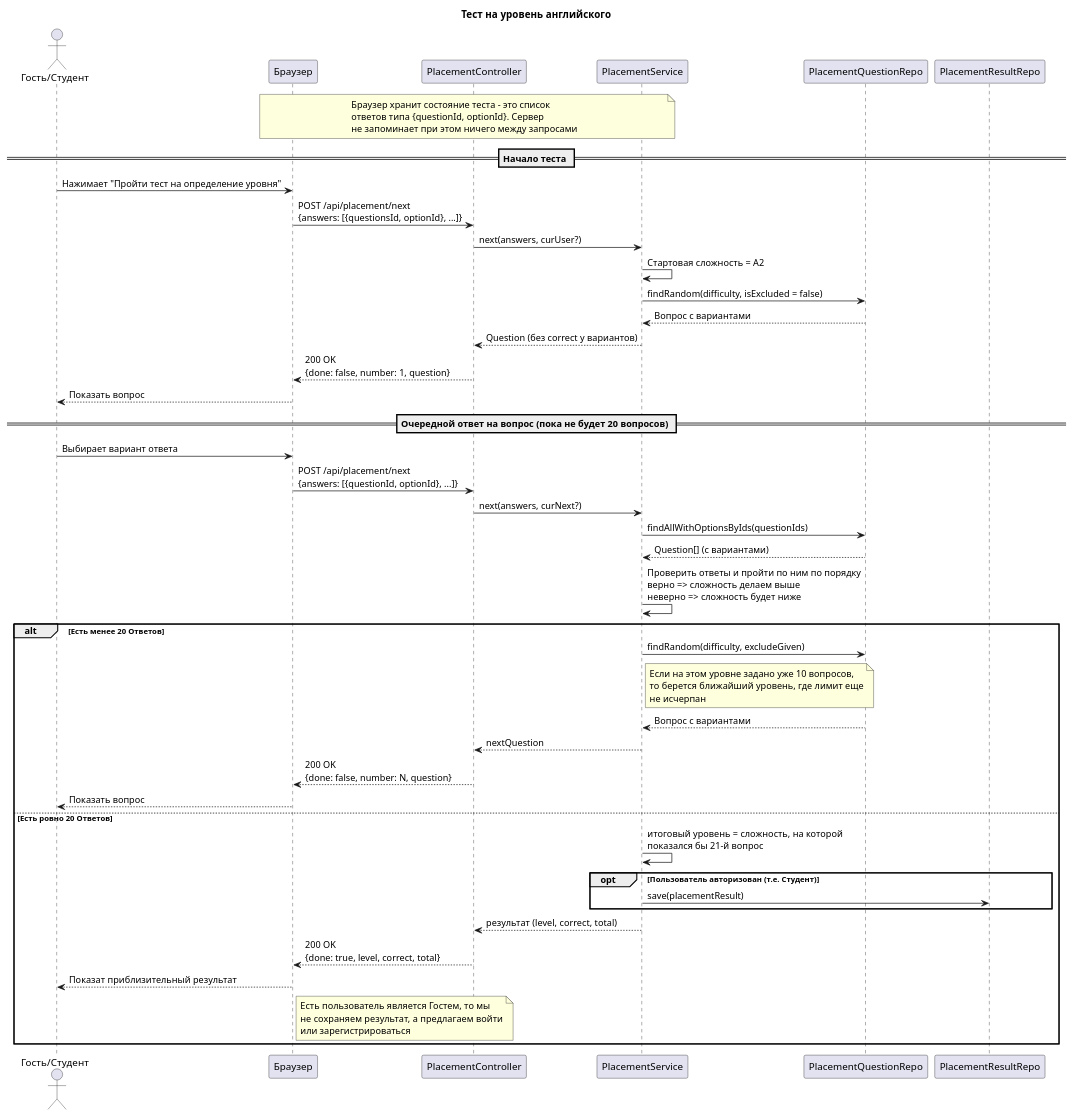
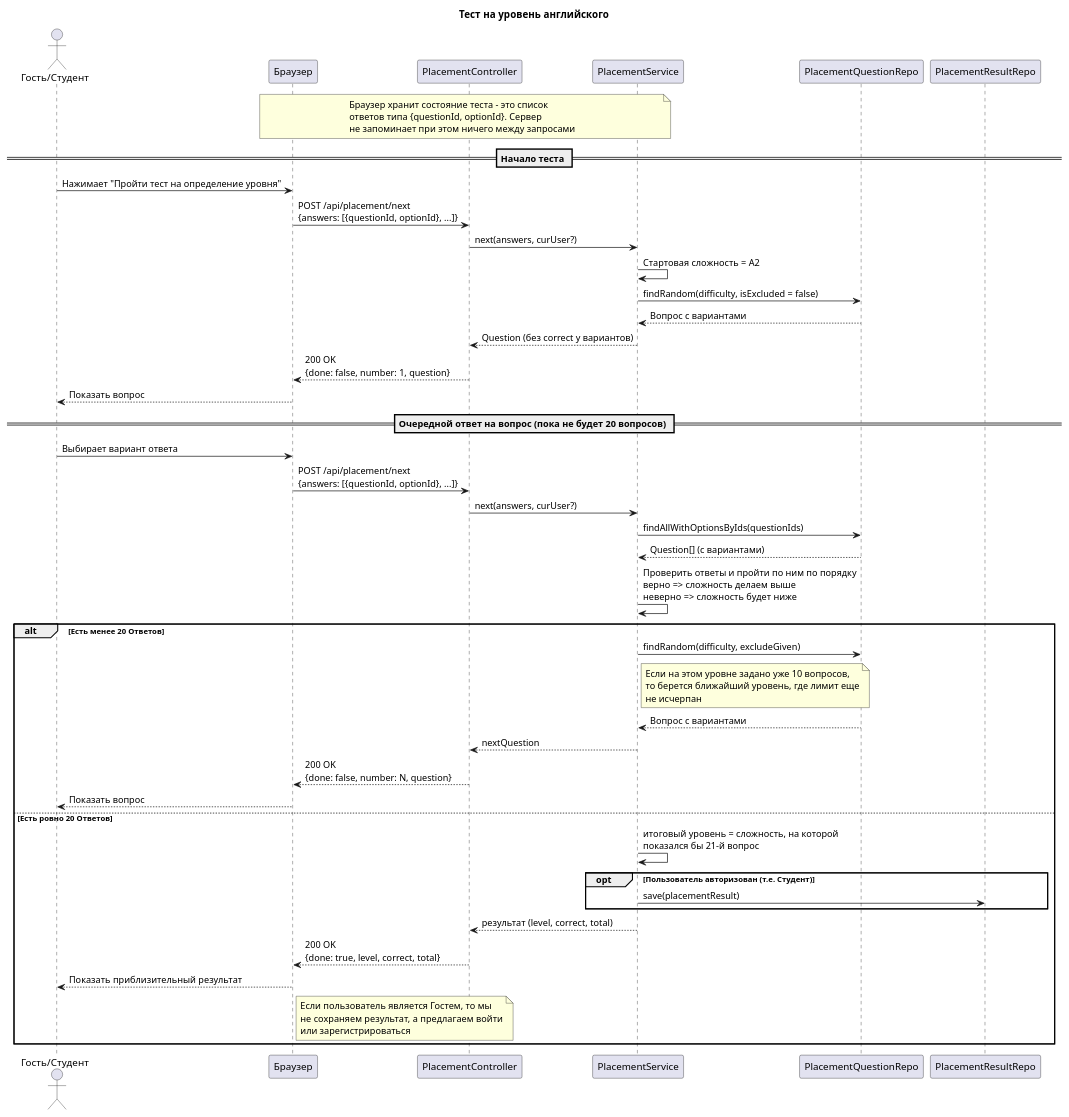
Before and after one commit to anufrievalex2006/StudyEnglish: the diagram in docs/diagrams/plantuml/sequences/placement.puml, drawn with PlantUML. The commit also changed 4 other files, not shown here.

Commit message:
Фикс диаграмм + написал документацию к проекту

```diff
--- a/docs/diagrams/plantuml/sequences/placement.puml
+++ b/docs/diagrams/plantuml/sequences/placement.puml
@@ -1,61 +1,61 @@
 @startuml PlacementTestSequence
 title Тест на уровень английского
 
 actor "Гость/Студент" as user
 participant "Браузер" as browser
 participant "PlacementController" as controller
 participant "PlacementService" as service
 participant "PlacementQuestionRepo" as qrepo
 participant "PlacementResultRepo" as rrepo
 
 note over browser, service
     Браузер хранит состояние теста - это список
     ответов типа {questionId, optionId}. Сервер
     не запоминает при этом ничего между запросами
 end note
 
 == Начало теста ==
 user -> browser: Нажимает "Пройти тест на определение уровня"
-browser -> controller: POST /api/placement/next\n{answers: [{questionsId, optionId}, ...]}
+browser -> controller: POST /api/placement/next\n{answers: [{questionId, optionId}, ...]}
 controller -> service: next(answers, curUser?)
 service -> service: Стартовая сложность = A2
 service -> qrepo: findRandom(difficulty, isExcluded = false)
 qrepo --> service: Вопрос с вариантами
 service --> controller: Question (без correct у вариантов)
 controller --> browser: 200 OK\n{done: false, number: 1, question}
 browser --> user: Показать вопрос
 
 == Очередной ответ на вопрос (пока не будет 20 вопросов) ==
 user -> browser: Выбирает вариант ответа
 browser -> controller: POST /api/placement/next\n{answers: [{questionId, optionId}, ...]}
-controller -> service: next(answers, curNext?)
+controller -> service: next(answers, curUser?)
 service -> qrepo: findAllWithOptionsByIds(questionIds)
 qrepo --> service: Question[] (с вариантами)
 service -> service: Проверить ответы и пройти по ним по порядку\nверно => сложность делаем выше\nневерно => сложность будет ниже
 
 alt Есть менее 20 Ответов
     service -> qrepo: findRandom(difficulty, excludeGiven)
     note right of service
         Если на этом уровне задано уже 10 вопросов,
         то берется ближайший уровень, где лимит еще
         не исчерпан
     end note
     qrepo --> service: Вопрос с вариантами
     service --> controller: nextQuestion
     controller --> browser: 200 OK\n{done: false, number: N, question}
     browser --> user: Показать вопрос
 else Есть ровно 20 Ответов
     service -> service: итоговый уровень = сложность, на которой\nпоказался бы 21-й вопрос
     opt Пользователь авторизован (т.е. Студент)
         service -> rrepo: save(placementResult)
     end
     service --> controller: результат (level, correct, total)
     controller --> browser: 200 OK\n{done: true, level, correct, total}
-    browser --> user: Показат приблизительный результат
+    browser --> user: Показать приблизительный результат
     note right of browser
-        Есть пользователь является Гостем, то мы
+        Если пользователь является Гостем, то мы
         не сохраняем результат, а предлагаем войти
         или зарегистрироваться
     end note
 end
 @enduml
```
